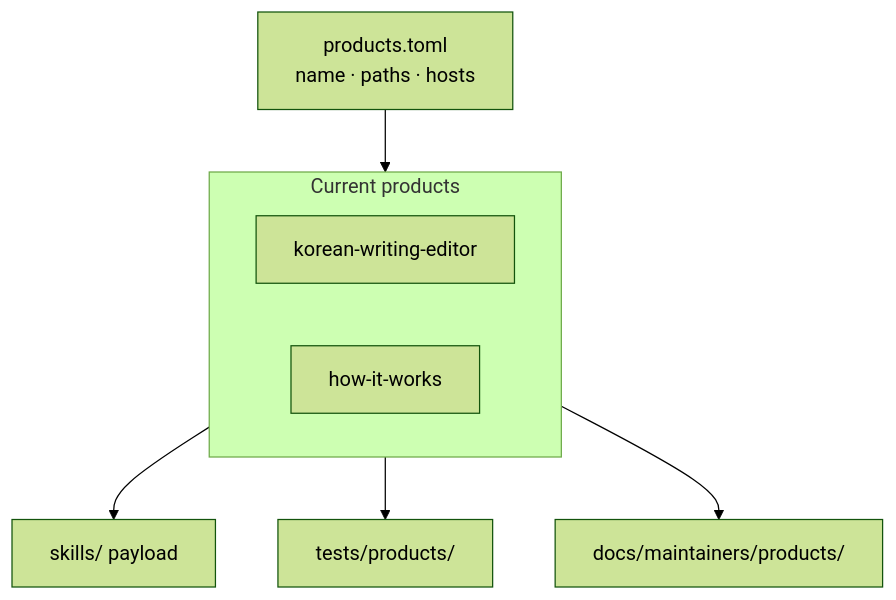
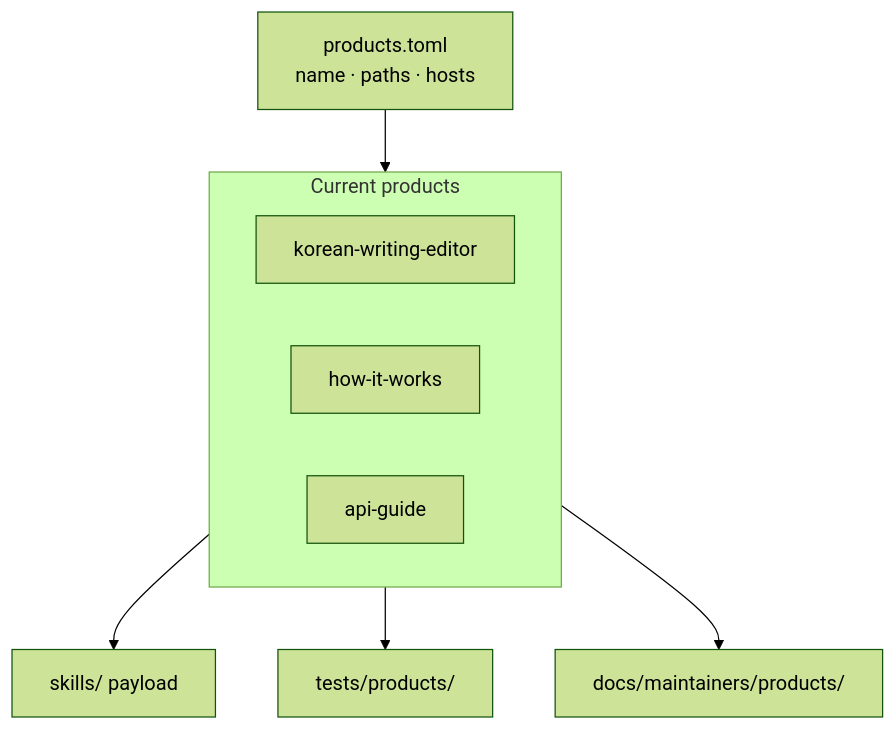
One commit to beyondwin/skills changed the diagram in docs/maintainers/repository/architecture.md. Above: the diagram before and after it, drawn with Mermaid (forest theme). The commit also changed other lines of this file and 48 other files, not shown here.

First line of the commit message:
feat: add api-guide

````diff
--- a/docs/maintainers/repository/architecture.md
+++ b/docs/maintainers/repository/architecture.md
@@ -13,12 +13,13 @@
 ```mermaid
 flowchart TB
   R["products.toml<br/>name · paths · hosts"]
   subgraph live ["Current products"]
     K[korean-writing-editor]
     H[how-it-works]
+    A[api-guide]
   end
   R --> live
   live --> SK["skills/ payload"]
   live --> T["tests/products/"]
   live --> D["docs/maintainers/products/"]
 ```
````
